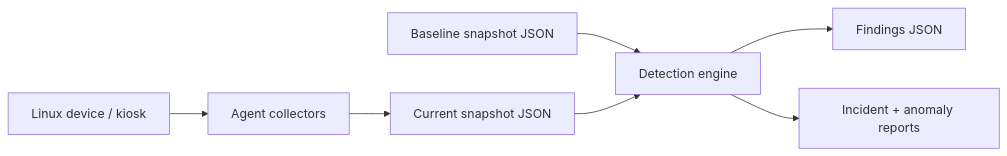
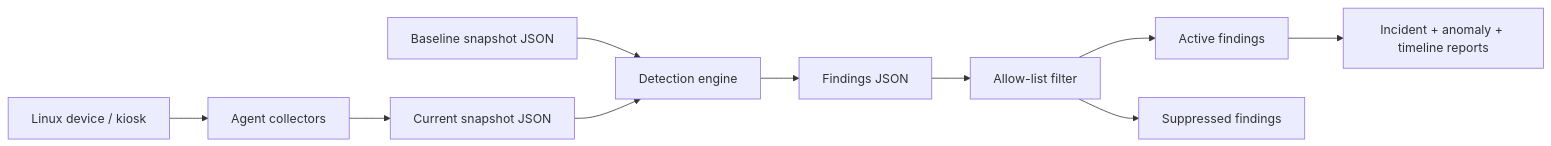
Before and after one commit to SUDARSHANCHAUDHARI/GhostWireSentinel: the first of 2 diagrams in docs/architecture.md, drawn with Mermaid. The commit also changed 16 other files, not shown here.

Commit message:
feat: add allowlist and timeline reporting

````diff
--- a/docs/architecture.md
+++ b/docs/architecture.md
@@ -7,9 +7,12 @@
 ```mermaid
 flowchart LR
   Device["Linux device / kiosk"] --> Collectors["Agent collectors"]
   Collectors --> Snapshot["Current snapshot JSON"]
   Baseline["Baseline snapshot JSON"] --> Detectors["Detection engine"]
   Snapshot --> Detectors
   Detectors --> Findings["Findings JSON"]
-  Detectors --> Reports["Incident + anomaly reports"]
+  Findings --> Allowlist["Allow-list filter"]
+  Allowlist --> Active["Active findings"]
+  Allowlist --> Suppressed["Suppressed findings"]
+  Active --> Reports["Incident + anomaly + timeline reports"]
 ```
````
